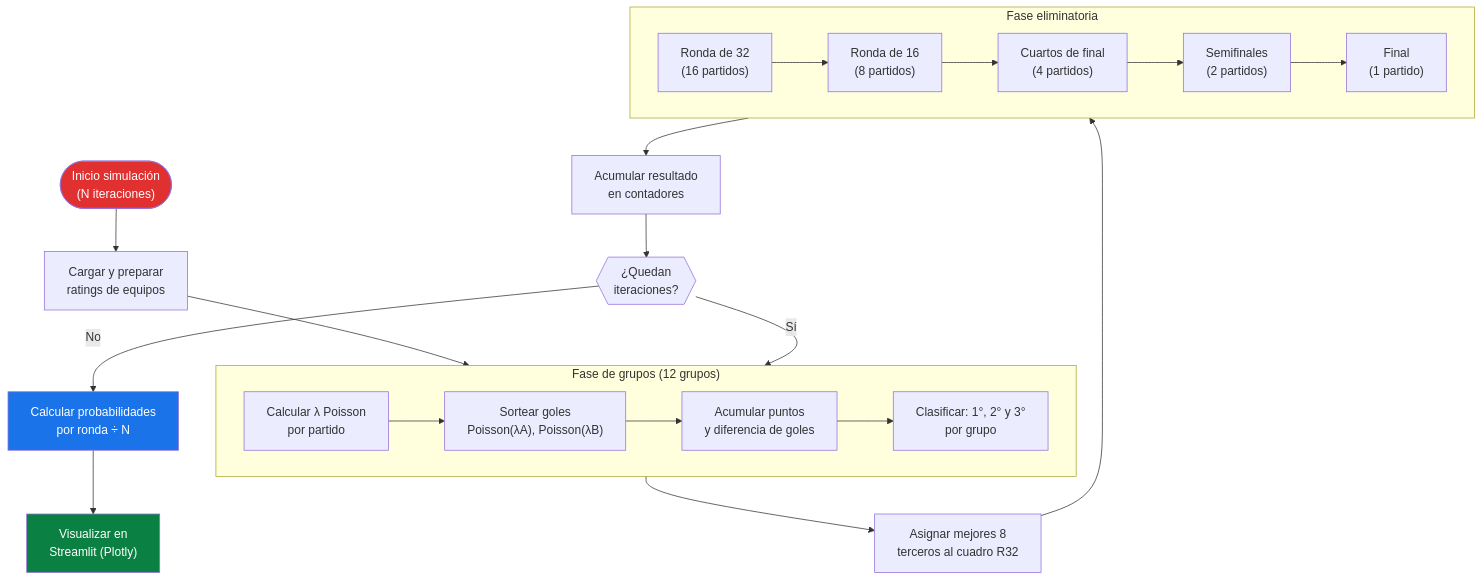
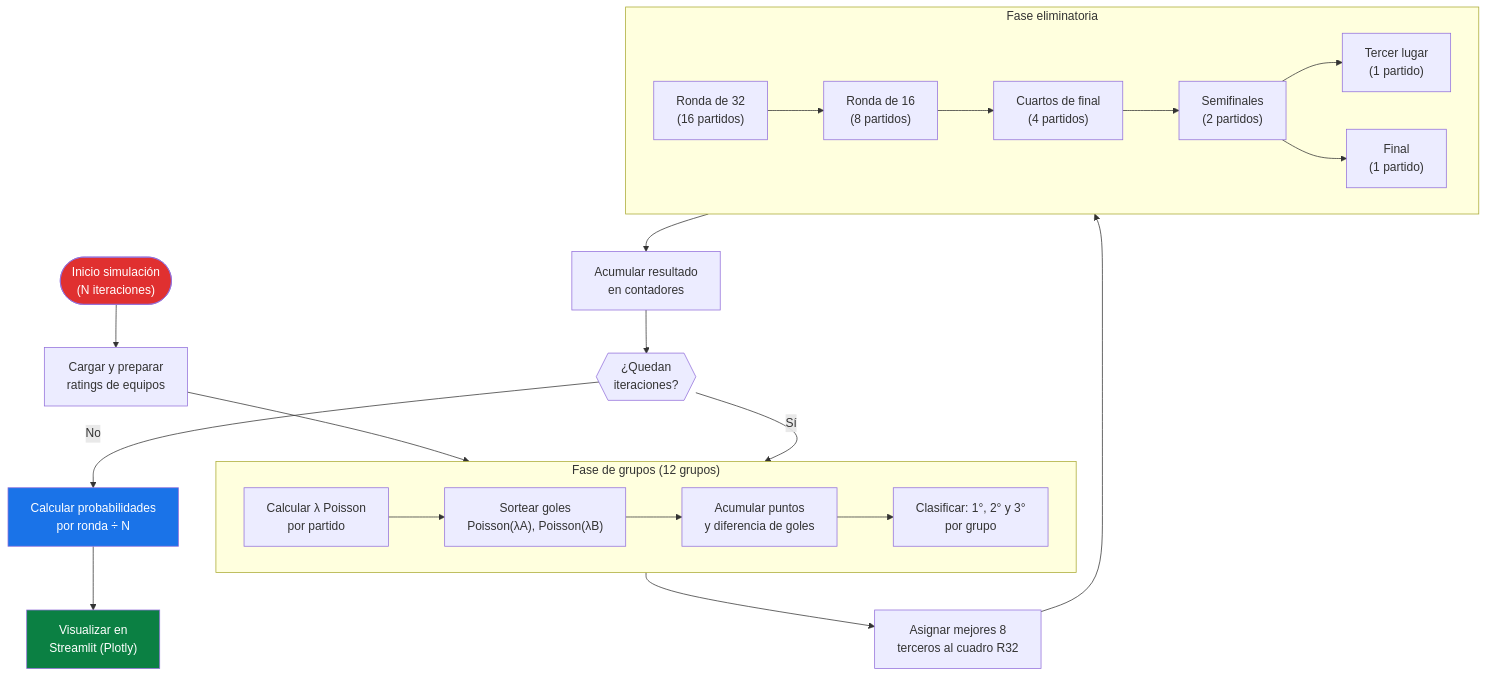
One commit to fjgonzalezmgt/WCUP2026 changed the fourth of 7 diagrams in README.md. Above: the diagram before and after it, drawn with Mermaid. The commit also changed other lines of this file and 7 other files, not shown here.

First line of the commit message:
Add third place match simulation and UI updates

````diff
--- a/README.md
+++ b/README.md
@@ -243,31 +243,32 @@
 ```mermaid
 flowchart TD
     START(["Inicio simulación\n(N iteraciones)"]) --> LOAD["Cargar y preparar\nratings de equipos"]
     LOAD --> GS
 
     subgraph GS["Fase de grupos (12 grupos)"]
         G1["Calcular λ Poisson\npor partido"] --> G2["Sortear goles\nPoisson(λA), Poisson(λB)"]
         G2 --> G3["Acumular puntos\ny diferencia de goles"]
         G3 --> G4["Clasificar: 1°, 2° y 3°\npor grupo"]
     end
 
     GS --> THIRD["Asignar mejores 8\nterceros al cuadro R32"]
     THIRD --> KO
 
     subgraph KO["Fase eliminatoria"]
         R32["Ronda de 32\n(16 partidos)"] --> R16["Ronda de 16\n(8 partidos)"]
         R16 --> QF["Cuartos de final\n(4 partidos)"]
         QF --> SF["Semifinales\n(2 partidos)"]
+        SF --> THIRD_PLACE["Tercer lugar\n(1 partido)"]
         SF --> FIN["Final\n(1 partido)"]
     end
 
     KO --> ACC["Acumular resultado\nen contadores"]
     ACC --> NEXT{{"¿Quedan\niteraciones?"}}
     NEXT -- Sí --> GS
     NEXT -- No --> PROBA["Calcular probabilidades\npor ronda ÷ N"]
     PROBA --> VIZ["Visualizar en\nStreamlit (Plotly)"]
 
     style START fill:#e03030,color:#fff
     style PROBA fill:#1a73e8,color:#fff
     style VIZ fill:#0b8043,color:#fff
 ```
````
